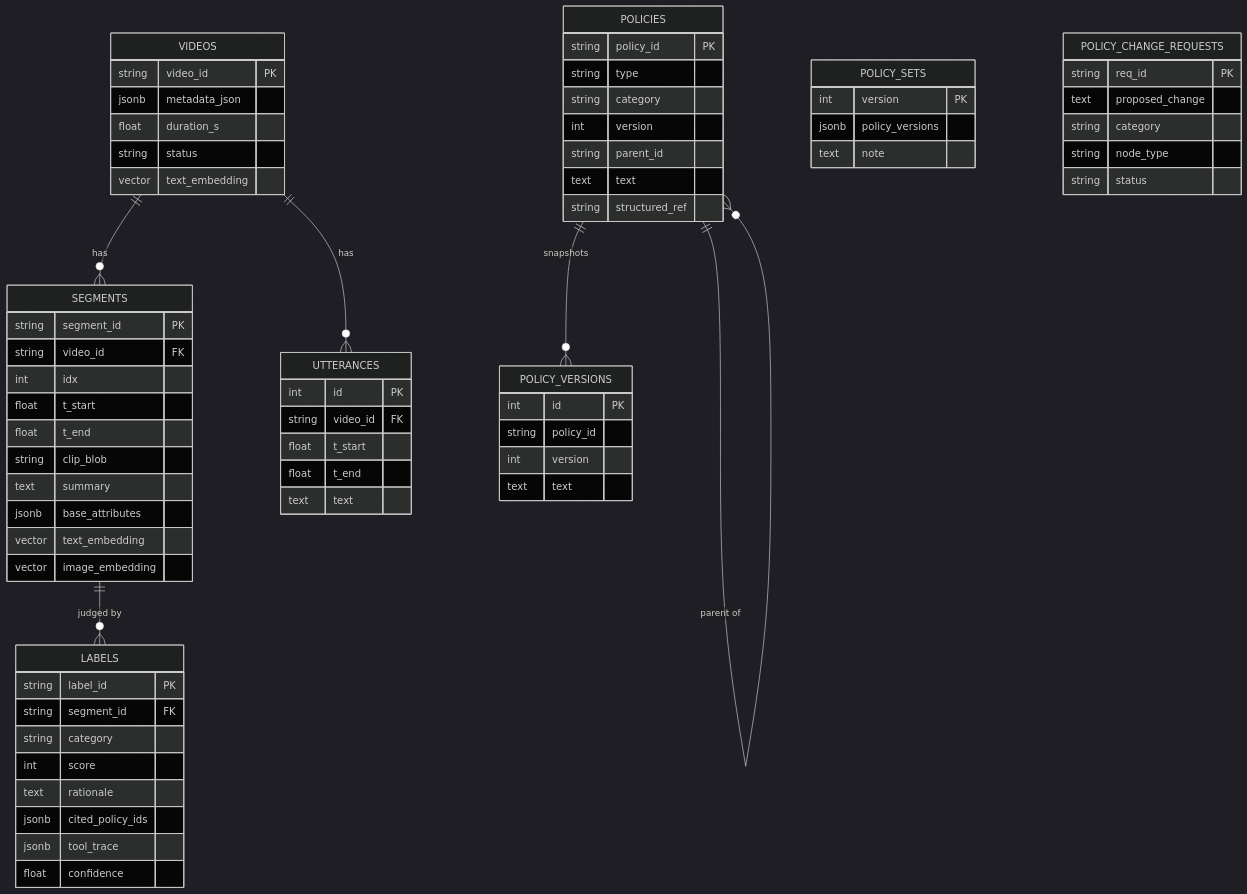
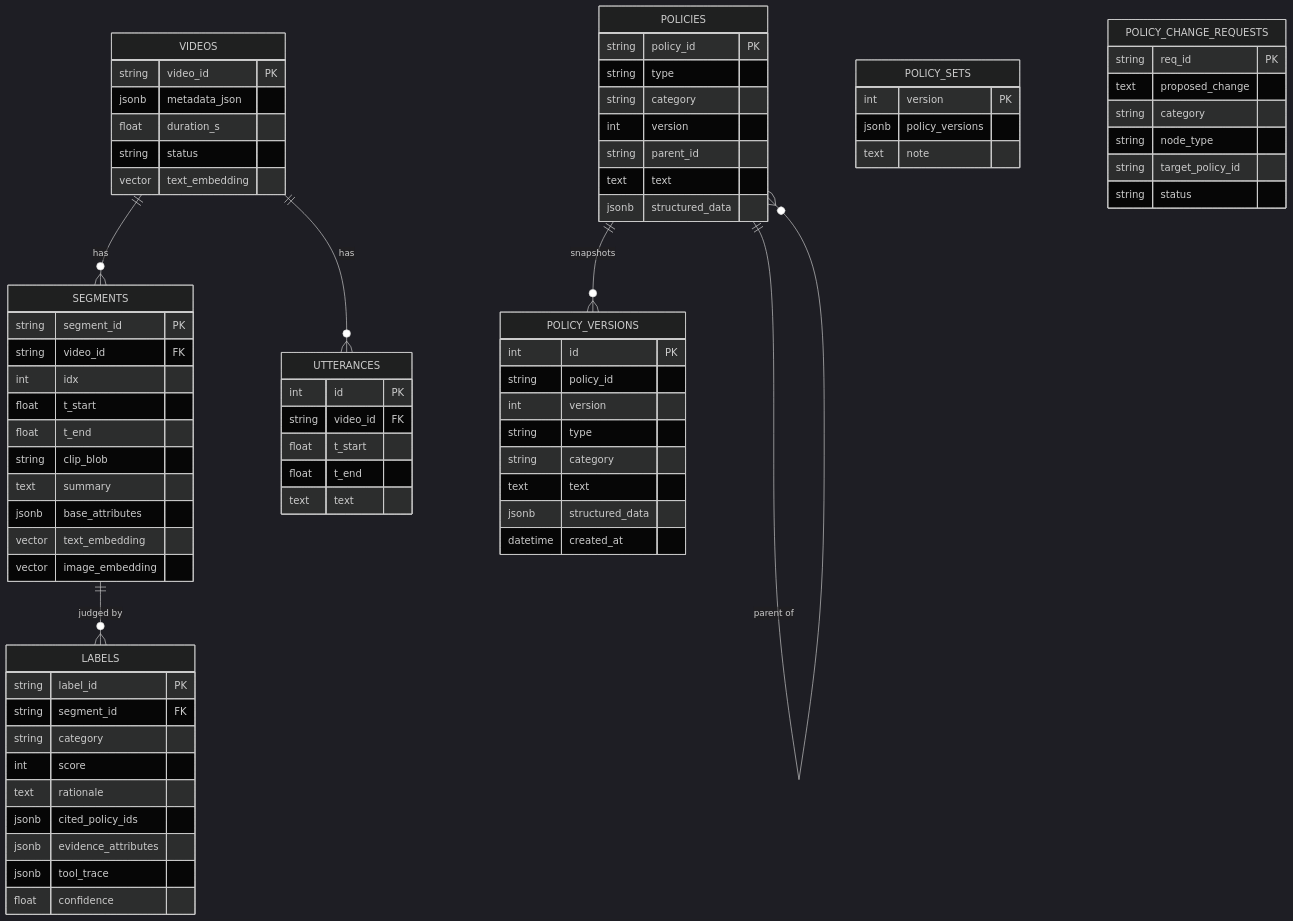
One commit to jhoowy/GV-Auto-Labelling-Agent changed the second of 5 diagrams in docs/ARCHITECTURE.ko.md. Above: the diagram before and after it, drawn with Mermaid (dark theme). The commit also changed other lines of this file and 5 other files, not shown here.

````diff
--- a/docs/ARCHITECTURE.ko.md
+++ b/docs/ARCHITECTURE.ko.md
@@ -77,72 +77,78 @@
 ```mermaid
 erDiagram
   VIDEOS ||--o{ SEGMENTS : has
   VIDEOS ||--o{ UTTERANCES : has
   SEGMENTS ||--o{ LABELS : "judged by"
   POLICIES ||--o{ POLICY_VERSIONS : "snapshots"
   POLICIES ||--o{ POLICIES : "parent of"
 
   VIDEOS {
     string video_id PK
     jsonb metadata_json
     float duration_s
     string status
     vector text_embedding
   }
   SEGMENTS {
     string segment_id PK
     string video_id FK
     int idx
     float t_start
     float t_end
     string clip_blob
     text summary
     jsonb base_attributes
     vector text_embedding
     vector image_embedding
   }
   UTTERANCES {
     int id PK
     string video_id FK
     float t_start
     float t_end
     text text
   }
   LABELS {
     string label_id PK
     string segment_id FK
     string category
     int score
     text rationale
     jsonb cited_policy_ids
+    jsonb evidence_attributes
     jsonb tool_trace
     float confidence
   }
   POLICIES {
     string policy_id PK
     string type
     string category
     int version
     string parent_id
     text text
-    string structured_ref
+    jsonb structured_data
   }
   POLICY_VERSIONS {
     int id PK
     string policy_id
     int version
+    string type
+    string category
     text text
+    jsonb structured_data
+    datetime created_at
   }
   POLICY_SETS {
     int version PK
     jsonb policy_versions
     text note
   }
   POLICY_CHANGE_REQUESTS {
     string req_id PK
     text proposed_change
     string category
     string node_type
+    string target_policy_id
     string status
   }
 ```
````
